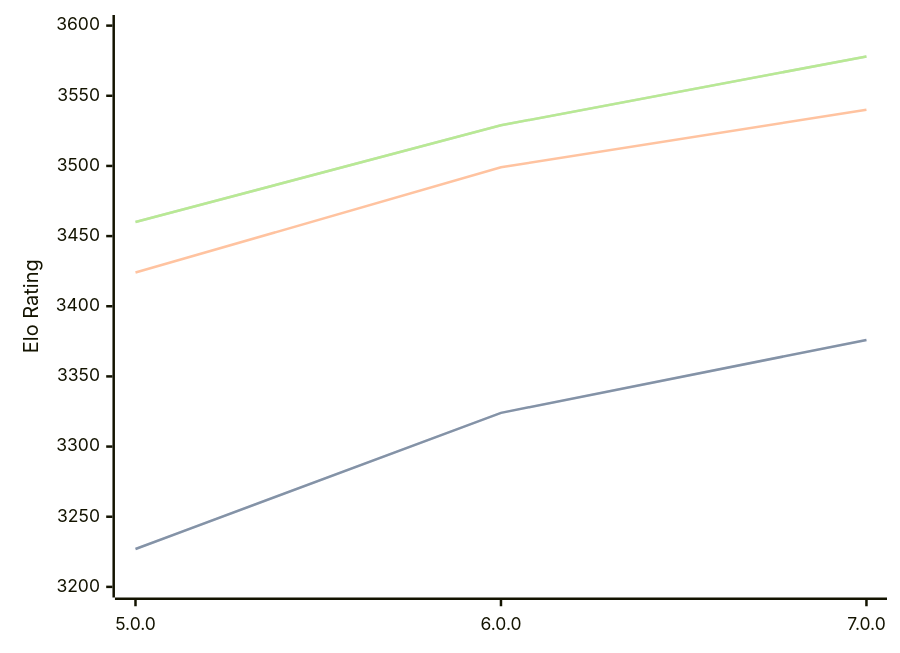
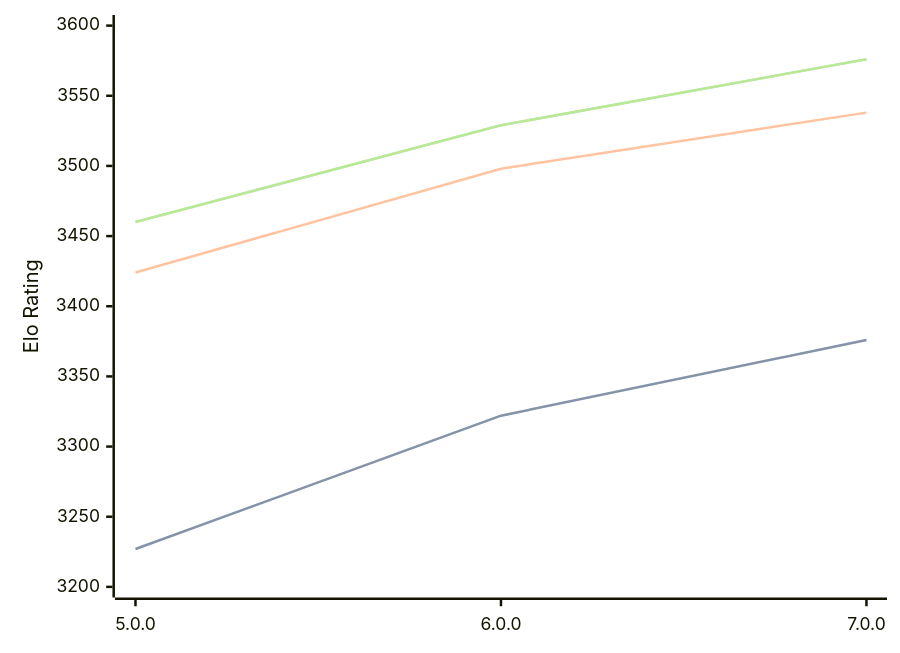
One commit to computer-chess-index/cci changed the diagram in engines/Stormphrax.md. Above: the diagram before and after it, drawn with Mermaid. The commit also changed other lines of this file, not shown here.

Commit message:
Update CCI Ratings (ELO VLTC) - 2026-04-06

````diff
--- a/engines/Stormphrax.md
+++ b/engines/Stormphrax.md
@@ -38,11 +38,11 @@
 ```mermaid
 %%{init: {"theme":"base","themeVariables":{"seriesColors:['#a3a3a3','#222221','#faa371']}}}%%
 xychart-beta
   x-axis ["5.0.0", "6.0.0", "7.0.0"]
   y-axis "Elo Rating" 3200 --> 3600
-  line "STC (8.0+0.08s)" [3227, 3324, 3376]
-  line "STC (8.0+0.08s)" [3227, 3324, 3376]
-  line "LTC (60.0+0.60s)" [3424, 3499, 3540]
-  line "VLTC (2m24s+1.12s)" [3460, 3529, 3578]
-  line "VLTC (2m24s+1.12s)" [3460, 3529, 3578]
+  line "STC (8.0+0.08s)" [3227, 3322, 3376]
+  line "STC (8.0+0.08s)" [3227, 3322, 3376]
+  line "LTC (60.0+0.60s)" [3424, 3498, 3538]
+  line "VLTC (2m24s+1.12s)" [3460, 3529, 3576]
+  line "VLTC (2m24s+1.12s)" [3460, 3529, 3576]
 ```
````
